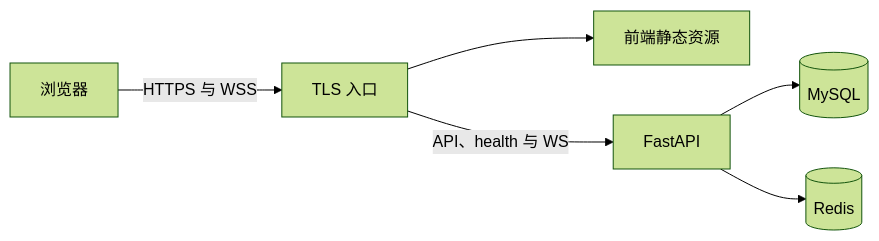
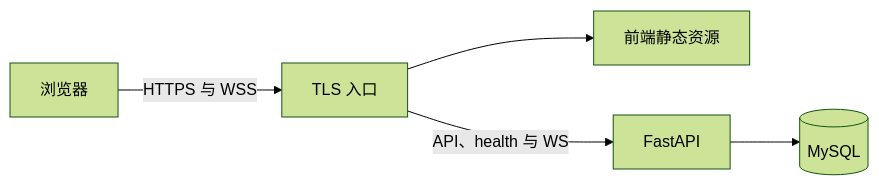
The fourth of 16 diagrams in doc/11_系统架构图.md (NanamiKite/radioManger), drawn with Mermaid (forest theme) before and after one commit. The commit also changed other lines of this file and 103 other files, not shown here.

````diff
--- a/doc/11_系统架构图.md
+++ b/doc/11_系统架构图.md
@@ -53,8 +52,7 @@
 ```mermaid
 flowchart LR
     Browser[浏览器] -->|HTTPS 与 WSS| TLS[TLS 入口]
     TLS --> Static[前端静态资源]
     TLS -->|API、health 与 WS| API[FastAPI]
     API --> DB[(MySQL)]
-    API --> Redis[(Redis)]
 ```
````
